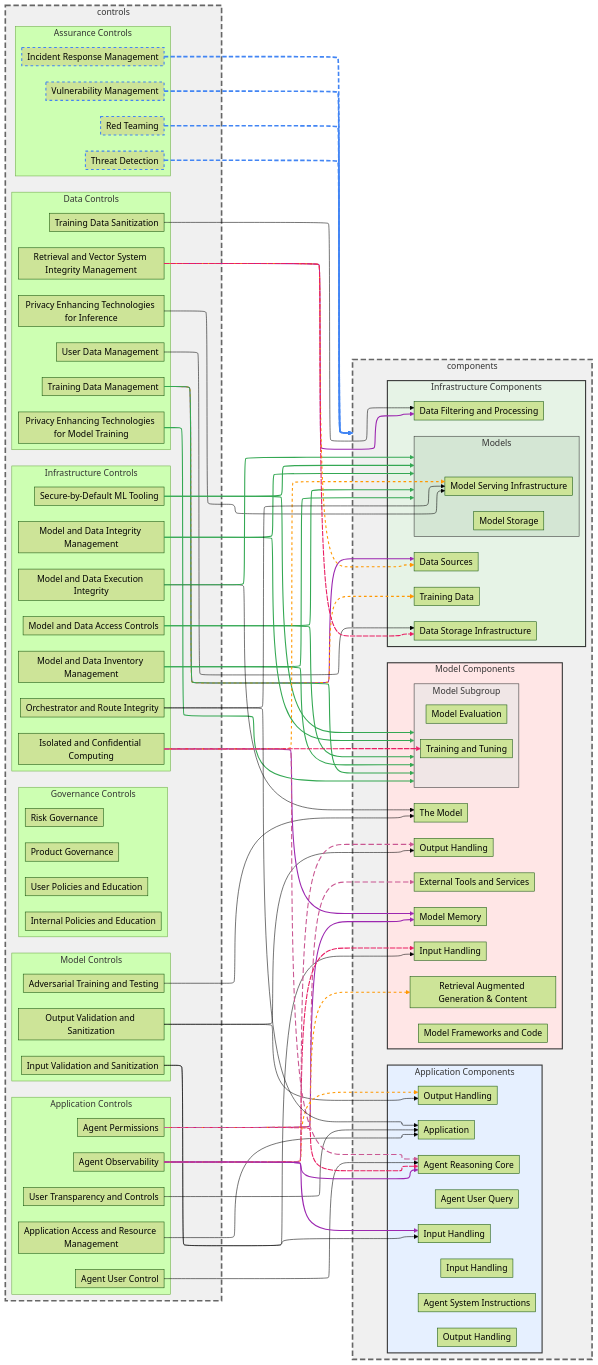
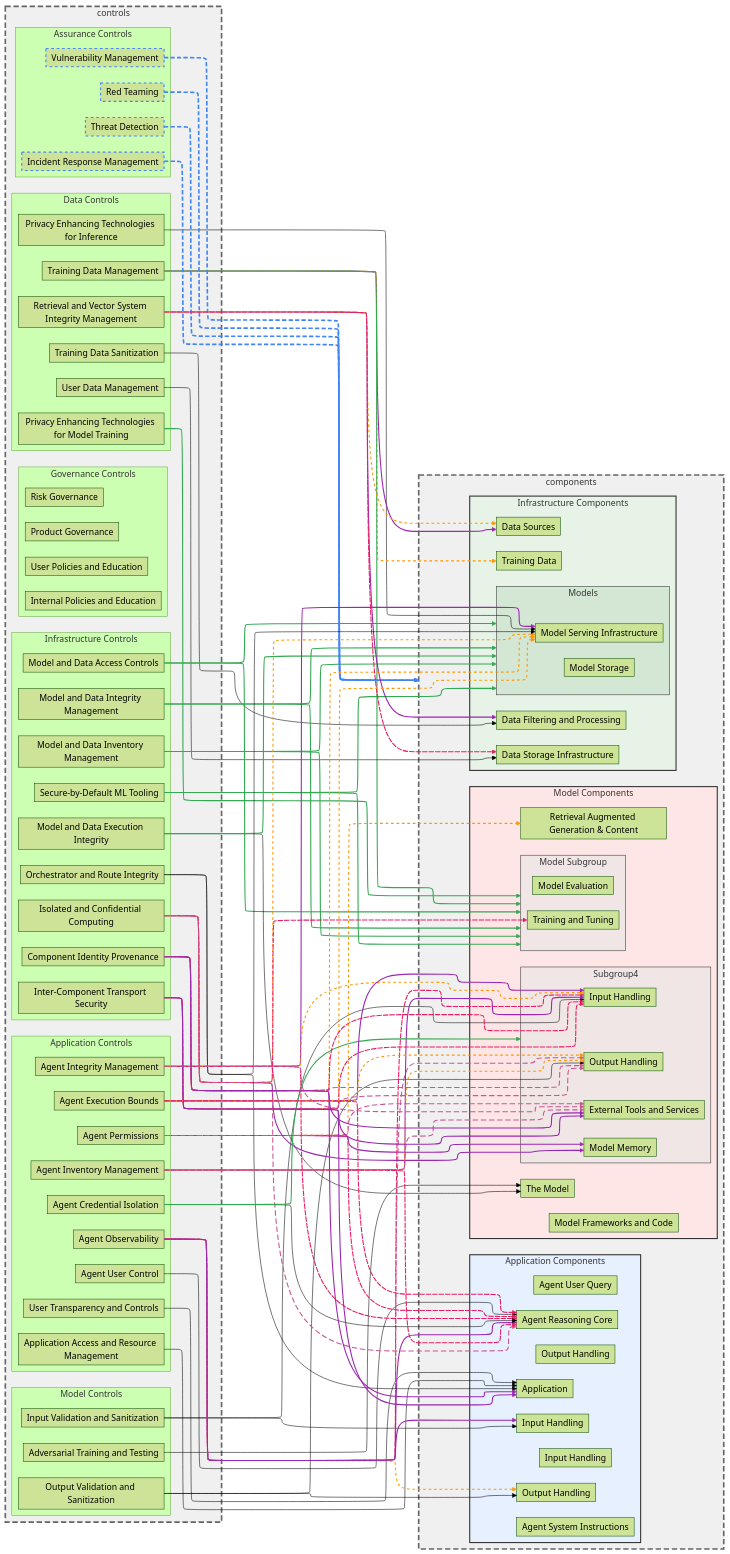
One commit to davidlabianca/secure-ai-tooling changed the diagram in risk-map/diagrams/controls-graph.md. Above: the diagram before and after it, drawn with Mermaid (forest theme). The commit also changed 17 other files, not shown here.

````diff
--- a/risk-map/diagrams/controls-graph.md
+++ b/risk-map/diagrams/controls-graph.md
@@ -23,6 +23,8 @@
     end
 
     subgraph controlsInfrastructure ["Infrastructure Controls"]
+        controlComponentIdentityProvenance[Component Identity Provenance]
+        controlInterComponentTransportSecurity[Inter-Component Transport Security]
         controlIsolatedConfidentialComputing[Isolated and Confidential Computing]
         controlModelAndDataAccessControls[Model and Data Access Controls]
         controlModelAndDataExecutionIntegrity[Model and Data Execution Integrity]
@@ -39,6 +41,10 @@
     end
 
     subgraph controlsApplication ["Application Controls"]
+        controlAgentCredentialIsolation[Agent Credential Isolation]
+        controlAgentExecutionBounds[Agent Execution Bounds]
+        controlAgentIntegrityManagement[Agent Integrity Management]
+        controlAgentInventoryManagement[Agent Inventory Management]
         controlAgentObservability[Agent Observability]
         controlAgentPluginPermissions[Agent Permissions]
         controlAgentPluginUserControl[Agent User Control]
@@ -76,16 +82,18 @@
     end
 
     subgraph componentsModel ["Model Components"]
-        componentMemory[Model Memory]
         componentModelFrameworksAndCode[Model Frameworks and Code]
-        componentOrchestrationInputHandling[Input Handling]
-        componentOrchestrationOutputHandling[Output Handling]
         componentRAGContent[Retrieval Augmented Generation & Content]
         componentTheModel[The Model]
-        componentTools[External Tools and Services]
         subgraph componentsModelSubgroup ["Model Subgroup"]
             componentModelEvaluation[Model Evaluation]
             componentModelTrainingTuning[Training and Tuning]
+        end
+        subgraph componentsSubgroup4 ["Subgroup4"]
+            componentMemory[Model Memory]
+            componentOrchestrationInputHandling[Input Handling]
+            componentOrchestrationOutputHandling[Output Handling]
+            componentTools[External Tools and Services]
         end
     end
 
@@ -150,6 +158,29 @@
     controlRetrievalAndVectorSystemIntegrity --> componentDataStorage
     controlOrchestratorAndRouteIntegrity --> componentApplication
     controlOrchestratorAndRouteIntegrity --> componentModelServing
+    controlAgentInventoryManagement --> componentOrchestrationInputHandling
+    controlAgentInventoryManagement --> componentOrchestrationOutputHandling
+    controlAgentInventoryManagement --> componentReasoningCore
+    controlAgentInventoryManagement --> componentTools
+    controlAgentIntegrityManagement --> componentModelServing
+    controlAgentIntegrityManagement --> componentOrchestrationInputHandling
+    controlAgentIntegrityManagement --> componentReasoningCore
+    controlAgentIntegrityManagement --> componentTools
+    controlAgentCredentialIsolation --> componentReasoningCore
+    controlAgentCredentialIsolation --> componentsSubgroup4
+    controlInterComponentTransportSecurity --> componentApplication
+    controlInterComponentTransportSecurity --> componentModelServing
+    controlInterComponentTransportSecurity --> componentOrchestrationInputHandling
+    controlInterComponentTransportSecurity --> componentOrchestrationOutputHandling
+    controlInterComponentTransportSecurity --> componentTools
+    controlComponentIdentityProvenance --> componentApplication
+    controlComponentIdentityProvenance --> componentModelServing
+    controlComponentIdentityProvenance --> componentOrchestrationInputHandling
+    controlComponentIdentityProvenance --> componentOrchestrationOutputHandling
+    controlComponentIdentityProvenance --> componentTools
+    controlAgentExecutionBounds --> componentOrchestrationInputHandling
+    controlAgentExecutionBounds --> componentOrchestrationOutputHandling
+    controlAgentExecutionBounds --> componentReasoningCore
 
     %% Apply styling to controls mapped to 'all'
     controlIncidentResponseManagement:::allControl
@@ -159,11 +190,11 @@
 
     %% Edge styling
     linkStyle 29,30,31,32 stroke:#4285f4,stroke-width:3px,stroke-dasharray: 8 4
-    linkStyle 0,4,7,8,9,10,11,12,14,15,16 stroke:#34a853,stroke-width:2px
-    linkStyle 2,25,33,37,38,42 stroke:#9c27b0,stroke-width:2px
-    linkStyle 3,26,34,39,43 stroke:#ff9800,stroke-width:2px,stroke-dasharray: 5 5
-    linkStyle 27,35,40,44 stroke:#e91e63,stroke-width:2px,stroke-dasharray: 10 2
-    linkStyle 28,36,41 stroke:#C95792,stroke-width:2px,stroke-dasharray: 10 5
+    linkStyle 0,4,7,8,9,10,11,12,14,15,16,56 stroke:#34a853,stroke-width:2px
+    linkStyle 2,25,33,37,38,42,47,51,57,61,62,66,67 stroke:#9c27b0,stroke-width:2px
+    linkStyle 3,26,34,39,43,48,52,58,63,68 stroke:#ff9800,stroke-width:2px,stroke-dasharray: 5 5
+    linkStyle 27,35,40,44,49,53,59,64,69 stroke:#e91e63,stroke-width:2px,stroke-dasharray: 10 2
+    linkStyle 28,36,41,50,54,60,65 stroke:#C95792,stroke-width:2px,stroke-dasharray: 10 5
 
 %% Node style definitions
     style components fill:#f0f0f0,stroke:#666666,stroke-width:3px,stroke-dasharray: 10 5
@@ -173,4 +204,5 @@
     style componentsModel fill:#ffe6e6,stroke:#333333,stroke-width:2px
     style componentsModels fill:#d4e6d4,stroke:#333,stroke-width:1px
     style componentsModelSubgroup fill:#f0e6e6,stroke:#333,stroke-width:1px
+    style componentsSubgroup4 fill:#f0e6e6,stroke:#333,stroke-width:1px
 ```
````
